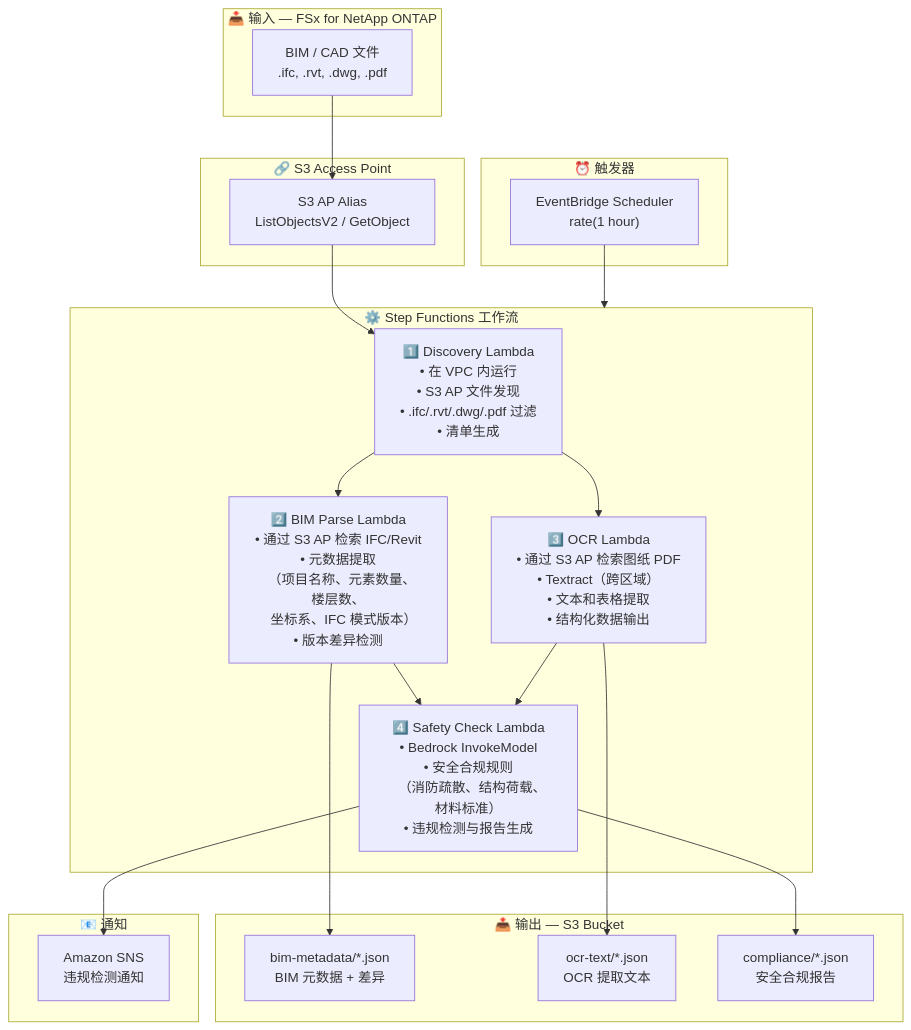
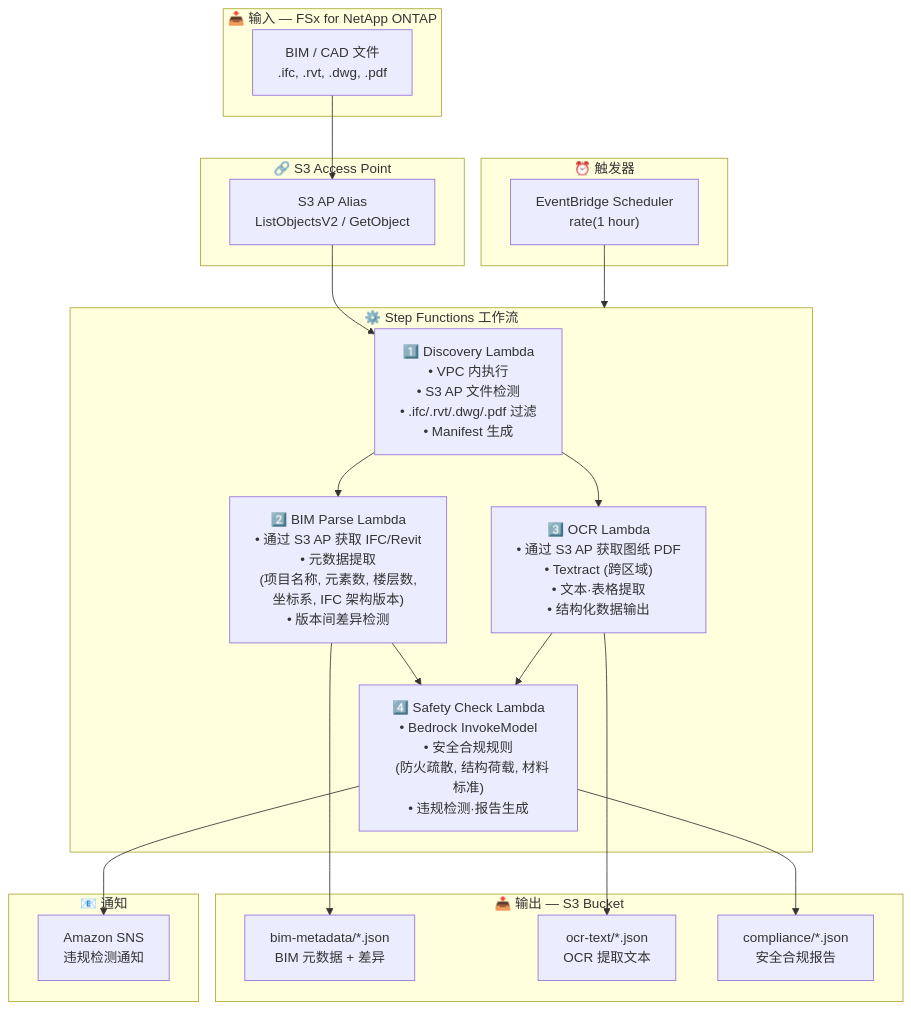
The diagram in construction-bim/docs/architecture.zh-CN.md (Yoshiki0705/FSx-for-ONTAP-S3AccessPoints-Serverless-Patterns), drawn with Mermaid before and after one commit. The commit also changed other lines of this file and 54 other files, not shown here.

````diff
--- a/construction-bim/docs/architecture.zh-CN.md
+++ b/construction-bim/docs/architecture.zh-CN.md
@@ -11,43 +13,43 @@
 ```mermaid
 flowchart TB
     subgraph INPUT["📥 输入 — FSx for NetApp ONTAP"]
         BIM["BIM / CAD 文件<br/>.ifc, .rvt, .dwg, .pdf"]
     end
 
     subgraph S3AP["🔗 S3 Access Point"]
         ALIAS["S3 AP Alias<br/>ListObjectsV2 / GetObject"]
     end
 
     subgraph TRIGGER["⏰ 触发器"]
         EB["EventBridge Scheduler<br/>rate(1 hour)"]
     end
 
     subgraph SFN["⚙️ Step Functions 工作流"]
-        DISC["1️⃣ Discovery Lambda<br/>• 在 VPC 内运行<br/>• S3 AP 文件发现<br/>• .ifc/.rvt/.dwg/.pdf 过滤<br/>• 清单生成"]
-        BP["2️⃣ BIM Parse Lambda<br/>• 通过 S3 AP 检索 IFC/Revit<br/>• 元数据提取<br/>  （项目名称、元素数量、楼层数、<br/>   坐标系、IFC 模式版本）<br/>• 版本差异检测"]
-        OCR["3️⃣ OCR Lambda<br/>• 通过 S3 AP 检索图纸 PDF<br/>• Textract（跨区域）<br/>• 文本和表格提取<br/>• 结构化数据输出"]
-        SC["4️⃣ Safety Check Lambda<br/>• Bedrock InvokeModel<br/>• 安全合规规则<br/>  （消防疏散、结构荷载、材料标准）<br/>• 违规检测与报告生成"]
+        DISC["1️⃣ Discovery Lambda<br/>• VPC 内执行<br/>• S3 AP 文件检测<br/>• .ifc/.rvt/.dwg/.pdf 过滤<br/>• Manifest 生成"]
+        BP["2️⃣ BIM Parse Lambda<br/>• 通过 S3 AP 获取 IFC/Revit<br/>• 元数据提取<br/>  (项目名称, 元素数, 楼层数,<br/>   坐标系, IFC 架构版本)<br/>• 版本间差异检测"]
+        OCR["3️⃣ OCR Lambda<br/>• 通过 S3 AP 获取图纸 PDF<br/>• Textract (跨区域)<br/>• 文本·表格提取<br/>• 结构化数据输出"]
+        SC["4️⃣ Safety Check Lambda<br/>• Bedrock InvokeModel<br/>• 安全合规规则<br/>  (防火疏散, 结构荷载, 材料标准)<br/>• 违规检测·报告生成"]
     end
 
     subgraph OUTPUT["📤 输出 — S3 Bucket"]
         META["bim-metadata/*.json<br/>BIM 元数据 + 差异"]
         TEXT["ocr-text/*.json<br/>OCR 提取文本"]
         COMP["compliance/*.json<br/>安全合规报告"]
     end
 
     subgraph NOTIFY["📧 通知"]
         SNS["Amazon SNS<br/>违规检测通知"]
     end
 
     BIM --> ALIAS
     ALIAS --> DISC
     EB --> SFN
     DISC --> BP
     DISC --> OCR
     BP --> SC
     OCR --> SC
     BP --> META
     OCR --> TEXT
     SC --> COMP
     SC --> SNS
 ```
````
